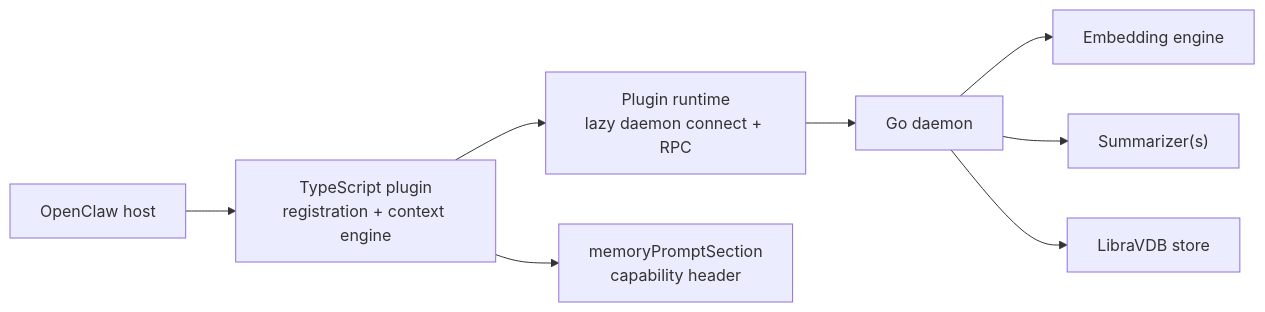
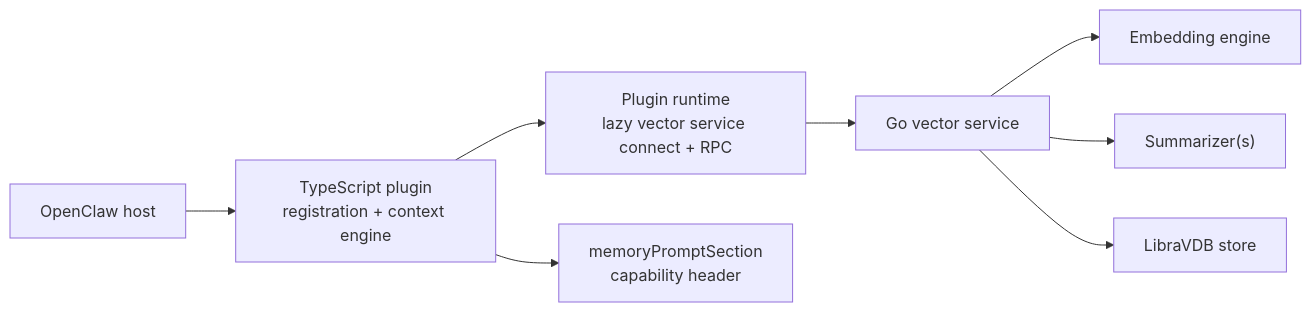
One commit to JuanHuaXu/openclaw-memory-libravdb changed the diagram in docs/architecture.md. Above: the diagram before and after it, drawn with Mermaid. The commit also changed other lines of this file and 15 other files, not shown here.

First line of the commit message:
docs: replace all "daemon" references with "vector service" for marketing consistency

````diff
--- a/docs/architecture.md
+++ b/docs/architecture.md
@@ -21,19 +21,19 @@
 ```mermaid
 flowchart LR
   Host["OpenClaw host"]
   Plugin["TypeScript plugin\nregistration + context engine"]
-  Runtime["Plugin runtime\nlazy daemon connect + RPC"]
+  Runtime["Plugin runtime\nlazy vector service connect + RPC"]
   MPS["memoryPromptSection\ncapability header"]
-  Sidecar["Go daemon"]
+  Sidecar["Go vector service"]
   Store["LibraVDB store"]
   Embed["Embedding engine"]
   Summarizer["Summarizer(s)"]
 
   Host --> Plugin
   Plugin --> MPS
   Plugin --> Runtime
   Runtime --> Sidecar
   Sidecar --> Embed
   Sidecar --> Summarizer
   Sidecar --> Store
 ```
````
